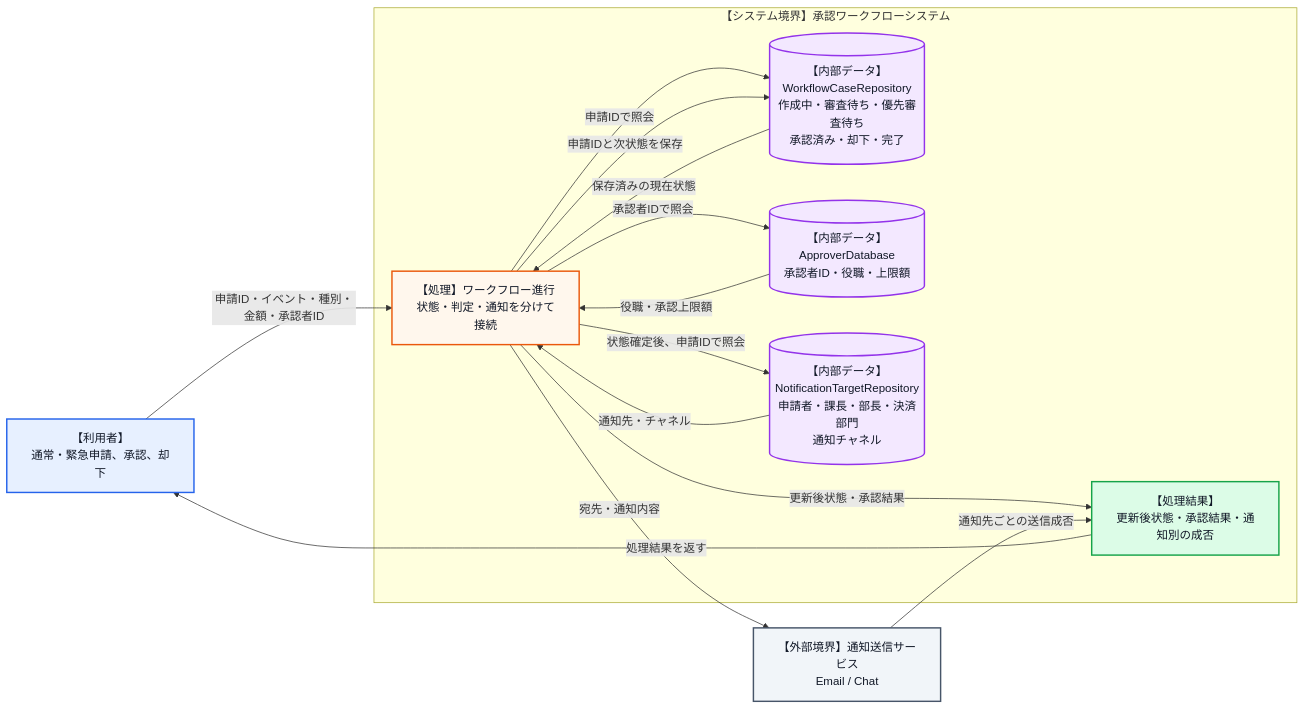
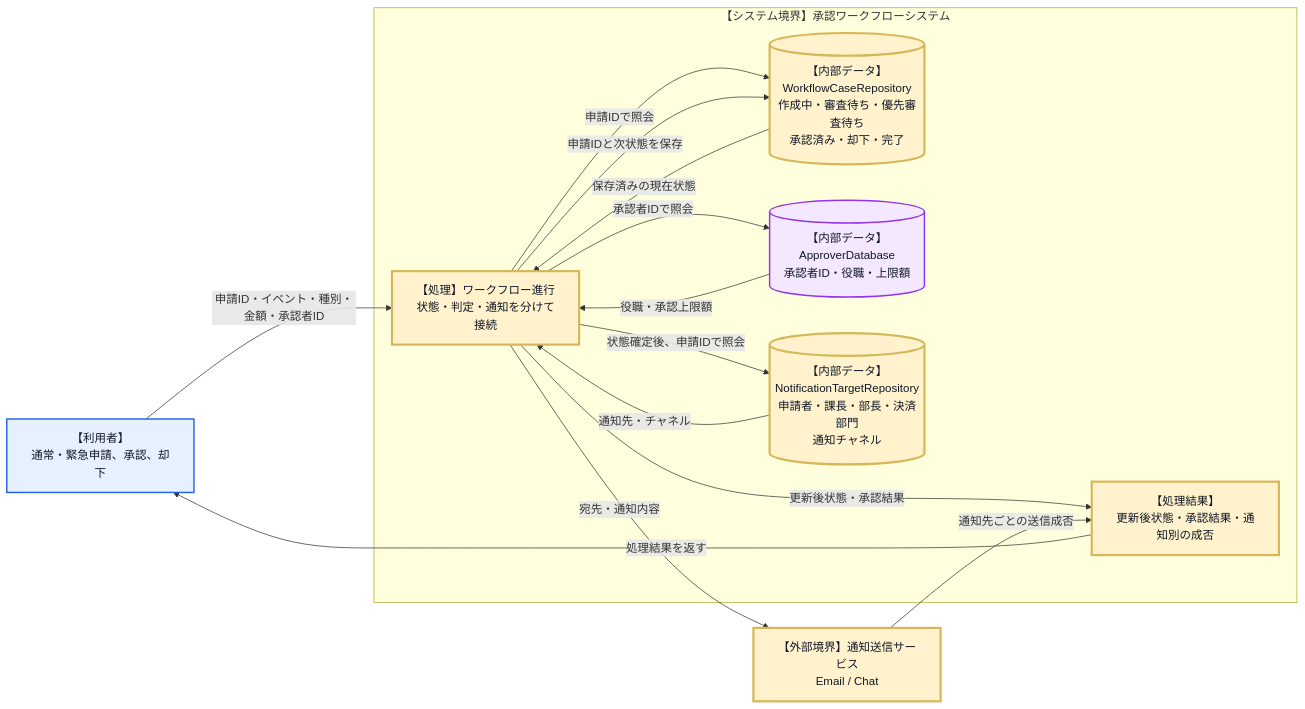
Before and after one commit to kumachan1101-pixel/DesignPattern: the seventh of 24 diagrams in kindle/design-patterns/output/chapter12.md, drawn with Mermaid. The commit also changed other lines of this file and 23 other files, not shown here.

````diff
--- a/kindle/design-patterns/output/chapter12.md
+++ b/kindle/design-patterns/output/chapter12.md
@@ -722,31 +733,34 @@
 ```mermaid
 flowchart LR
+    classDef changed fill:#fff2cc,stroke:#d6b656,stroke-width:3px,color:#111827;
     U["【利用者】<br>通常・緊急申請、承認、却下"]:::actor
     subgraph SYS["【システム境界】承認ワークフローシステム"]
         WM["【処理】ワークフロー進行<br>状態・判定・通知を分けて接続"]:::process
         CS[("【内部データ】WorkflowCaseRepository<br>作成中・審査待ち・優先審査待ち<br>承認済み・却下・完了")]:::data
         AP[("【内部データ】ApproverDatabase<br>承認者ID・役職・上限額")]:::data
         NT[("【内部データ】NotificationTargetRepository<br>申請者・課長・部長・決済部門<br>通知チャネル")]:::data
         R["【処理結果】<br>更新後状態・承認結果・通知別の成否"]:::output
     end
     NS["【外部境界】通知送信サービス<br>Email / Chat"]:::external
 
     U -->|"申請ID・イベント・種別・金額・承認者ID"| WM
     WM -->|"申請IDで照会"| CS
     CS -->|"保存済みの現在状態"| WM
     WM -->|"承認者IDで照会"| AP
     AP -->|"役職・承認上限額"| WM
     WM -->|"申請IDと次状態を保存"| CS
     WM -->|"状態確定後、申請IDで照会"| NT
     NT -->|"通知先・チャネル"| WM
     WM -->|"宛先・通知内容"| NS
     WM -->|"更新後状態・承認結果"| R
     NS -->|"通知先ごとの送信成否"| R
     R -->|"処理結果を返す"| U
 
+    class WM,CS,NT,NS,R changed;
+
     classDef actor fill:#e7f0ff,stroke:#2563eb,stroke-width:2px,color:#111827;
     classDef process fill:#fff7ed,stroke:#ea580c,stroke-width:2px,color:#111827;
     classDef data fill:#f3e8ff,stroke:#9333ea,stroke-width:2px,color:#111827;
     classDef external fill:#f1f5f9,stroke:#475569,stroke-width:2px,color:#111827;
     classDef output fill:#dcfce7,stroke:#16a34a,stroke-width:2px,color:#111827;
 ```
````
